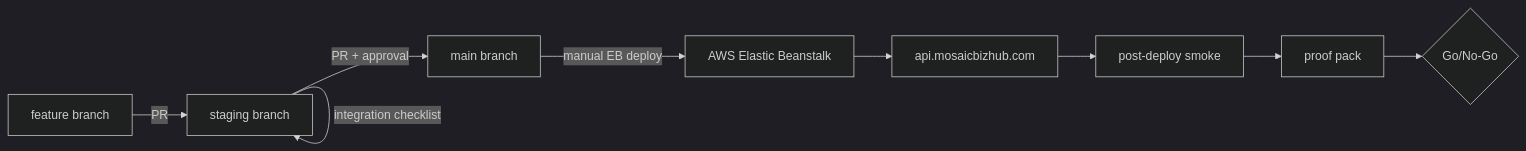
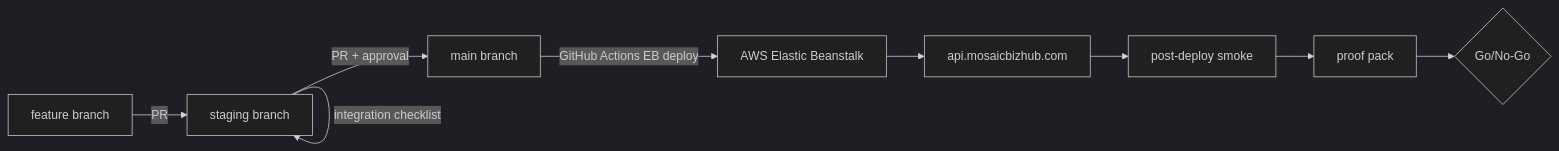
The diagram in docs/PRODUCTION_RUNBOOK.md (Techware-Hut/mosaic-backend), drawn with Mermaid (dark theme) before and after one commit. The commit also changed other lines of this file and 16 other files, not shown here.

````diff
--- a/docs/PRODUCTION_RUNBOOK.md
+++ b/docs/PRODUCTION_RUNBOOK.md
@@ -55,11 +55,11 @@
 ```mermaid
 flowchart LR
   F[feature branch] -->|PR| S[staging branch]
   S -->|integration checklist| S
   S -->|PR + approval| M[main branch]
-  M -->|manual EB deploy| EB[AWS Elastic Beanstalk]
+  M -->|GitHub Actions EB deploy| EB[AWS Elastic Beanstalk]
   EB --> API[api.mosaicbizhub.com]
   API --> Smoke[post-deploy smoke]
   Smoke --> Proof[proof pack]
   Proof --> SignOff{Go/No-Go}
 ```
````
